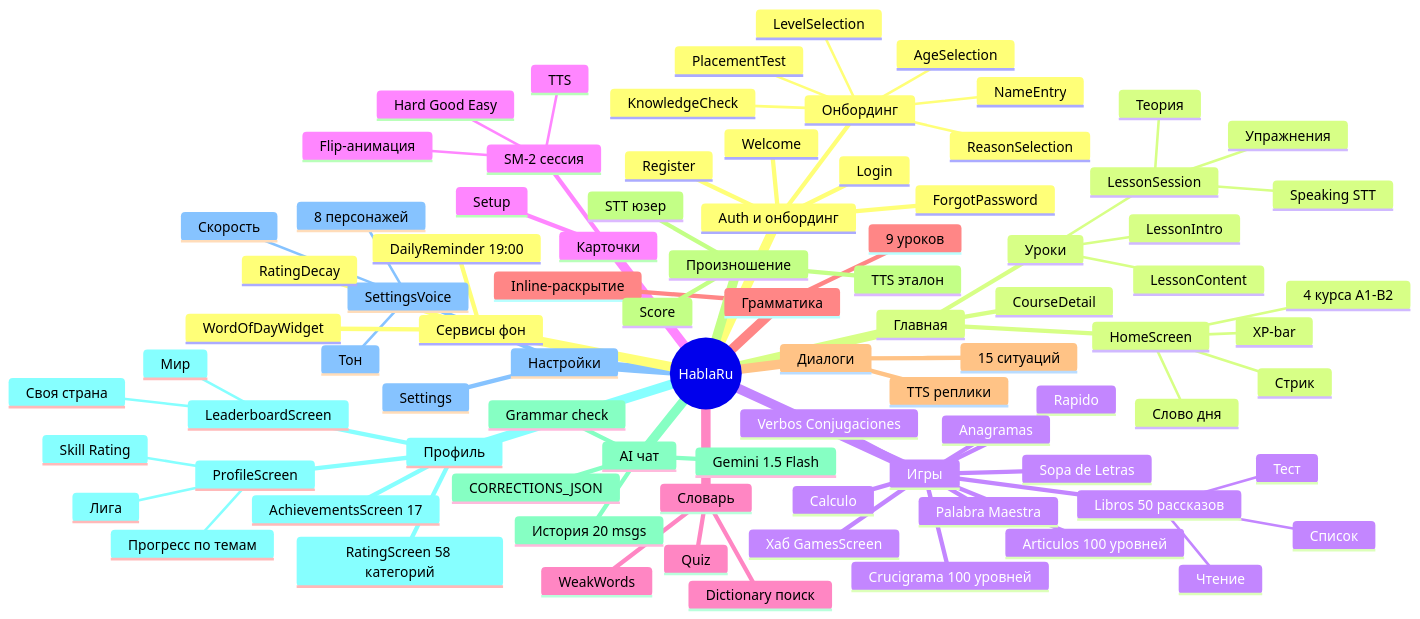
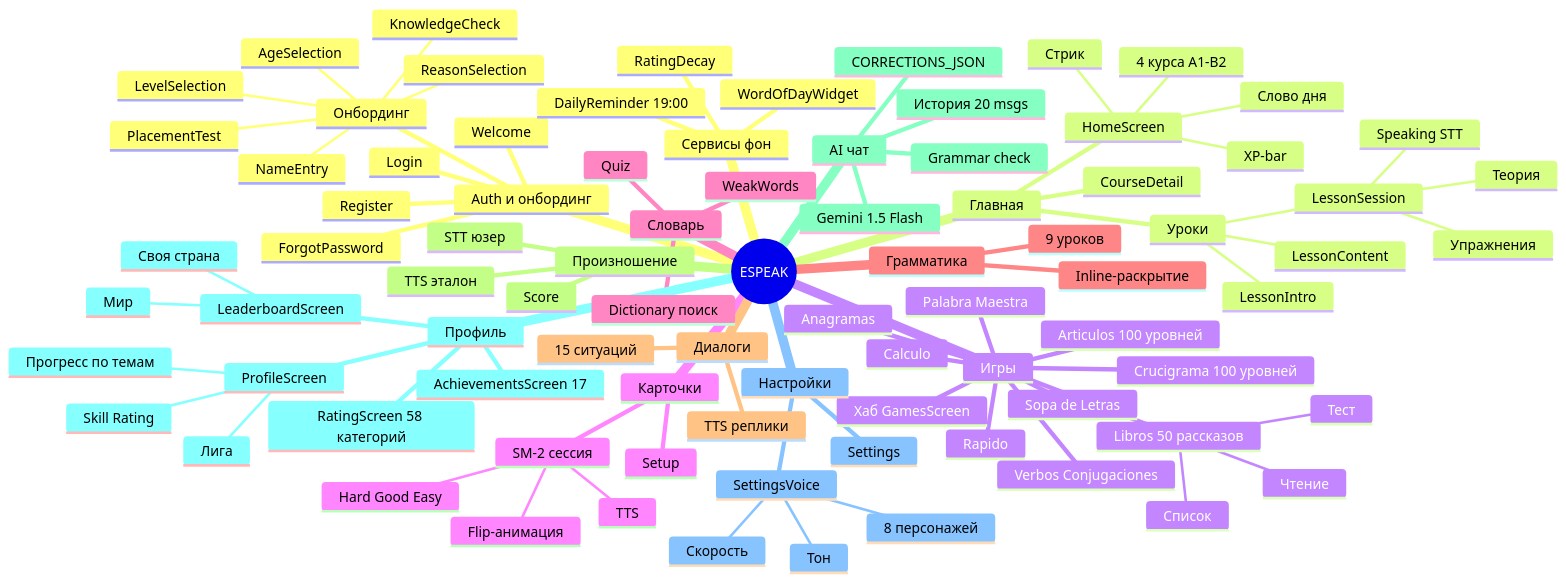
One commit to Samohin13/SpanishApp changed the first of 4 diagrams in docs/MINDMAP.md. Above: the diagram before and after it, drawn with Mermaid. The commit also changed other lines of this file and 12 other files, not shown here.

First line of the commit message:
fix: revert app name to ESPEAK (was incorrectly unified to HablaRu)

````diff
--- a/docs/MINDMAP.md
+++ b/docs/MINDMAP.md
@@ -9,6 +9,6 @@
 ```mermaid
 mindmap
-  root((HablaRu))
+  root((ESPEAK))
     Auth и онбординг
       Welcome
       Register
````
